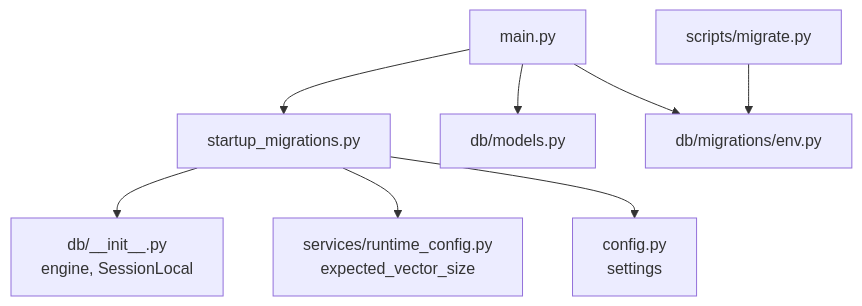
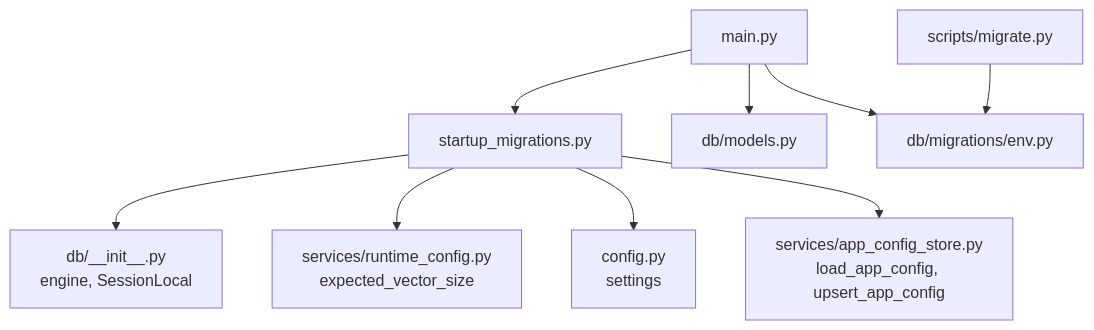
The ninth of 9 diagrams in .qoder/repowiki/en/content/Backend Development/Database Integration/Startup Schema Management.md (genes8/private-ai), drawn with Mermaid before and after one commit. The commit also changed other lines of this file and 101 other files, not shown here.

````diff
--- a/.qoder/repowiki/en/content/Backend Development/Database Integration/Startup Schema Management.md
+++ b/.qoder/repowiki/en/content/Backend Development/Database Integration/Startup Schema Management.md
@@ -402,10 +470,11 @@
 ```mermaid
 graph TB
 SM["startup_migrations.py"] --> DBInit["db/__init__.py<br/>engine, SessionLocal"]
 SM --> RC["services/runtime_config.py<br/>expected_vector_size"]
 SM --> CFG["config.py<br/>settings"]
+SM --> ACS["services/app_config_store.py<br/>load_app_config, upsert_app_config"]
 APP["main.py"] --> SM
 APP --> DBModels["db/models.py"]
 APP --> ALEnv["db/migrations/env.py"]
 MIG["scripts/migrate.py"] --> ALEnv
 ```
````
